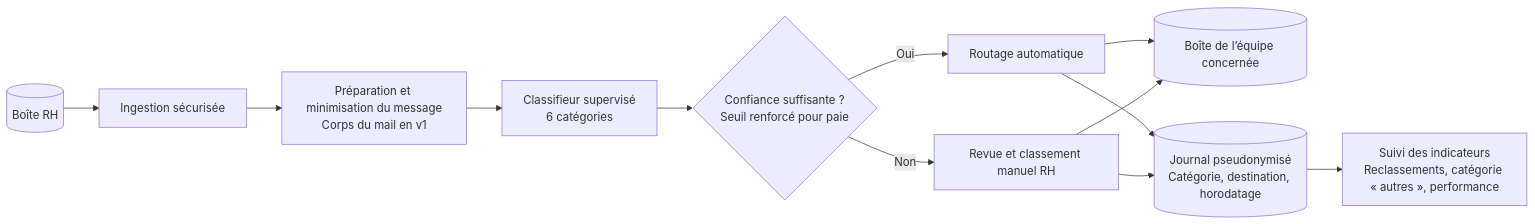
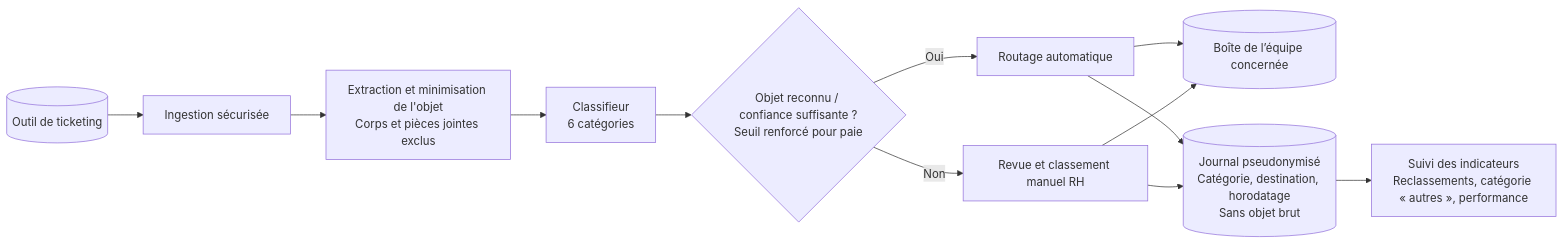
Before and after one commit to Celia-34/m8-b1-rh: the diagram in schema_archi_cible.md, drawn with Mermaid. The commit also changed other lines of this file and 1 other file, not shown here.

Commit message:
feat(imprevu): mise a jour du cadrage metier

````diff
--- a/schema_archi_cible.md
+++ b/schema_archi_cible.md
@@ -3,15 +3,15 @@
 ```mermaid
 flowchart LR
-    SRC[(Boîte RH)] --> ING[Ingestion sécurisée]
-    ING --> PREP[Préparation et minimisation du message<br/>Corps du mail en v1]
-    PREP --> MODEL[Classifieur supervisé<br/>6 catégories]
-    MODEL --> DEC{Confiance suffisante ?<br/>Seuil renforcé pour paie}
+    SRC[(Outil de ticketing)] --> ING[Ingestion sécurisée]
+    ING --> PREP[Extraction et minimisation de l'objet<br/>Corps et pièces jointes exclus]
+    PREP --> MODEL[Classifieur<br/>6 catégories]
+    MODEL --> DEC{Objet reconnu / confiance suffisante ?<br/>Seuil renforcé pour paie}
     DEC -->|Oui| ROUTE[Routage automatique]
     ROUTE --> DEST[(Boîte de l’équipe concernée)]
     DEC -->|Non| HUM[Revue et classement manuel RH]
     HUM --> DEST
 
-    ROUTE --> LOG[(Journal pseudonymisé<br/>Catégorie, destination, horodatage)]
+    ROUTE --> LOG[(Journal pseudonymisé<br/>Catégorie, destination, horodatage<br/>Sans objet brut)]
     HUM --> LOG
     LOG --> MON[Suivi des indicateurs<br/>Reclassements, catégorie « autres », performance]
 ```
````
